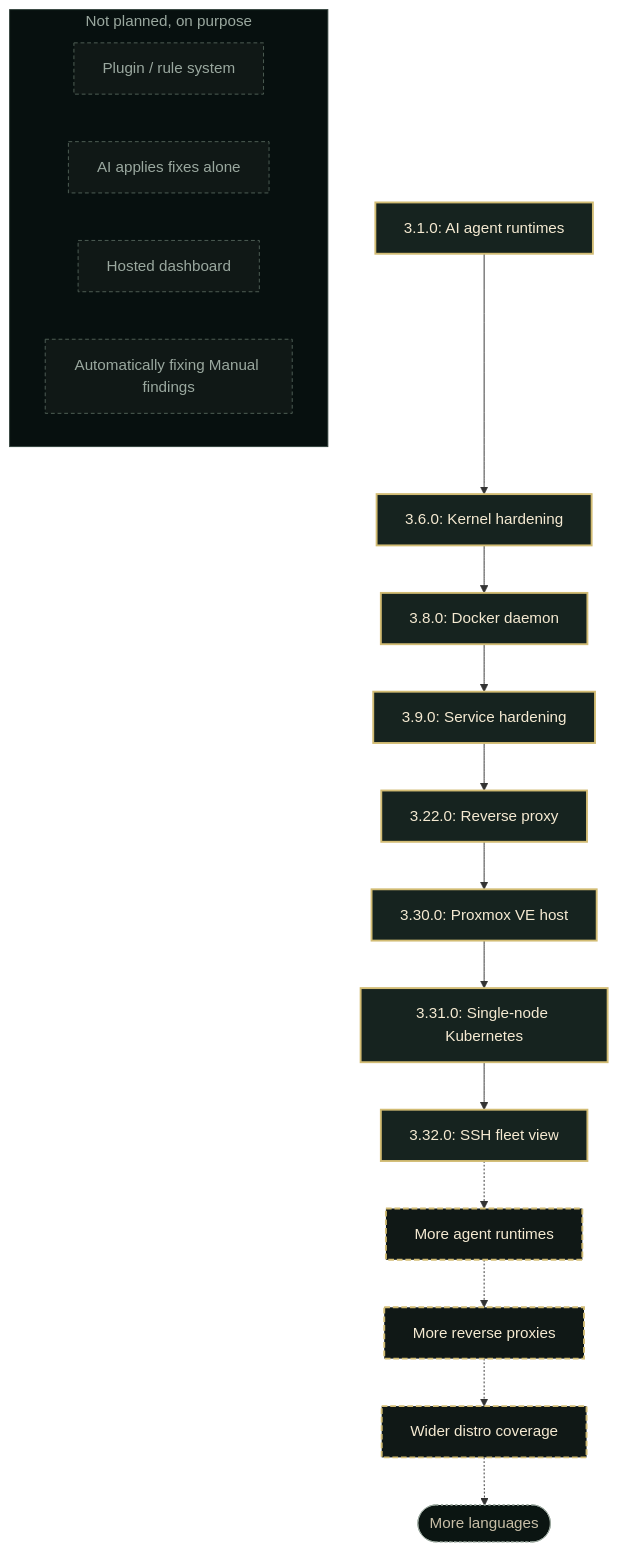
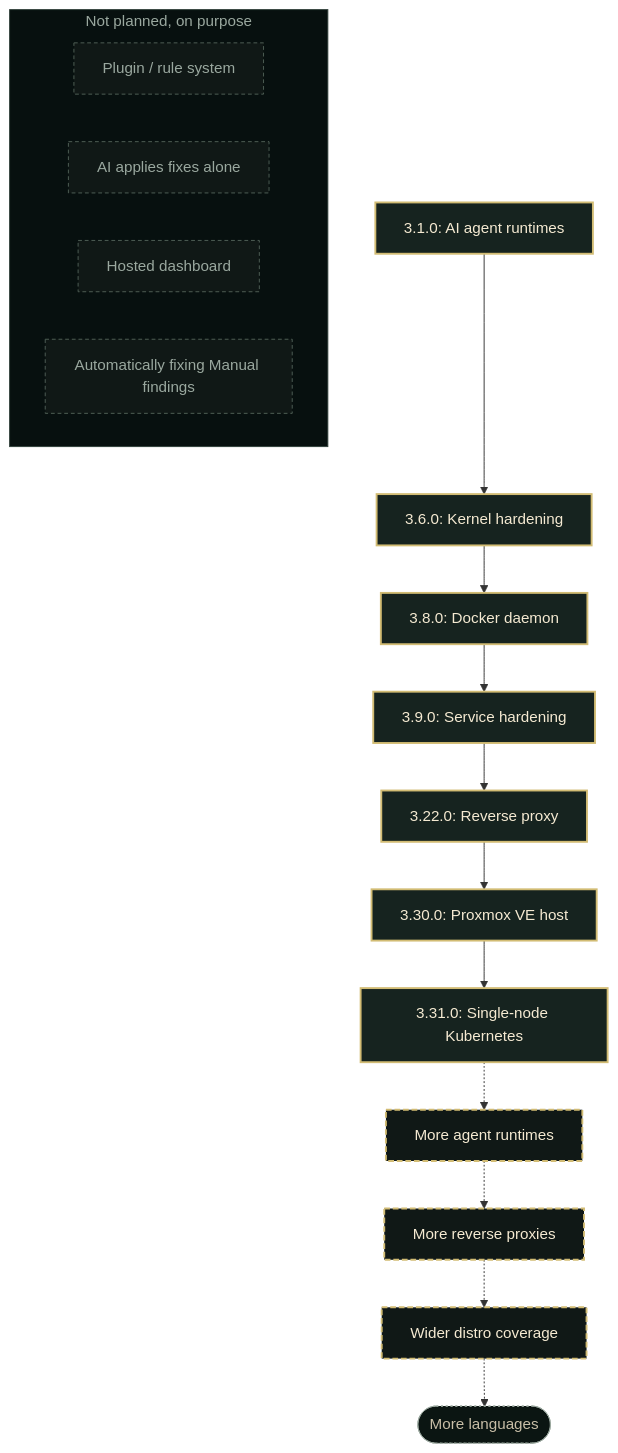
Before and after one commit to seolcu/hostveil: the diagram in README.md, drawn with Mermaid. The commit also changed other lines of this file and 21 other files, not shown here.

````diff
--- a/README.md
+++ b/README.md
@@ -380,33 +379,32 @@
 ```mermaid
 graph TD
     v1["3.1.0: AI agent runtimes"] --> v2["3.6.0: Kernel hardening"]
     v2 --> v3["3.8.0: Docker daemon"]
     v3 --> v4["3.9.0: Service hardening"]
     v4 --> v5["3.22.0: Reverse proxy"]
     v5 --> v6["3.30.0: Proxmox VE host"]
     v6 --> v7["3.31.0: Single-node Kubernetes"]
-    v7 --> v8["3.32.0: SSH fleet view"]
-    v8 -.-> n1["More agent runtimes"]
+    v7 -.-> n1["More agent runtimes"]
     n1 -.-> n2["More reverse proxies"]
     n2 -.-> n3["Wider distro coverage"]
     n3 -.-> e4(["More languages"])
 
     subgraph np["Not planned, on purpose"]
         x1["Plugin / rule system"]
         x2["AI applies fixes alone"]
         x3["Hosted dashboard"]
         x4["Automatically fixing Manual findings"]
     end
 
     classDef shipped fill:#16231f,stroke:#d2bc74,stroke-width:2px,color:#f5ead2
     classDef next fill:#101816,stroke:#d2bc74,stroke-width:2px,stroke-dasharray:6 3,color:#f5ead2
     classDef exploring fill:#0b1512,stroke:#9aa89f,stroke-width:1px,stroke-dasharray:2 3,color:#c8bea7
     classDef notplanned fill:#101816,stroke:#516057,stroke-width:1px,stroke-dasharray:4 3,color:#9aa89f
     classDef npTitle fill:#07100f,stroke:#31413b,color:#9aa89f
 
-    class v1,v2,v3,v4,v5,v6,v7,v8 shipped
+    class v1,v2,v3,v4,v5,v6,v7 shipped
     class n1,n2,n3 next
     class e4 exploring
     class x1,x2,x3,x4 notplanned
     class np npTitle
 ```
````
